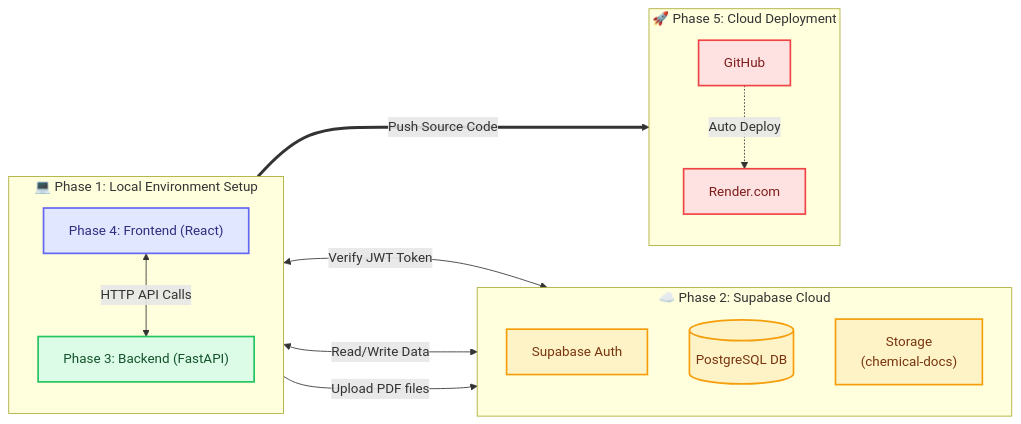
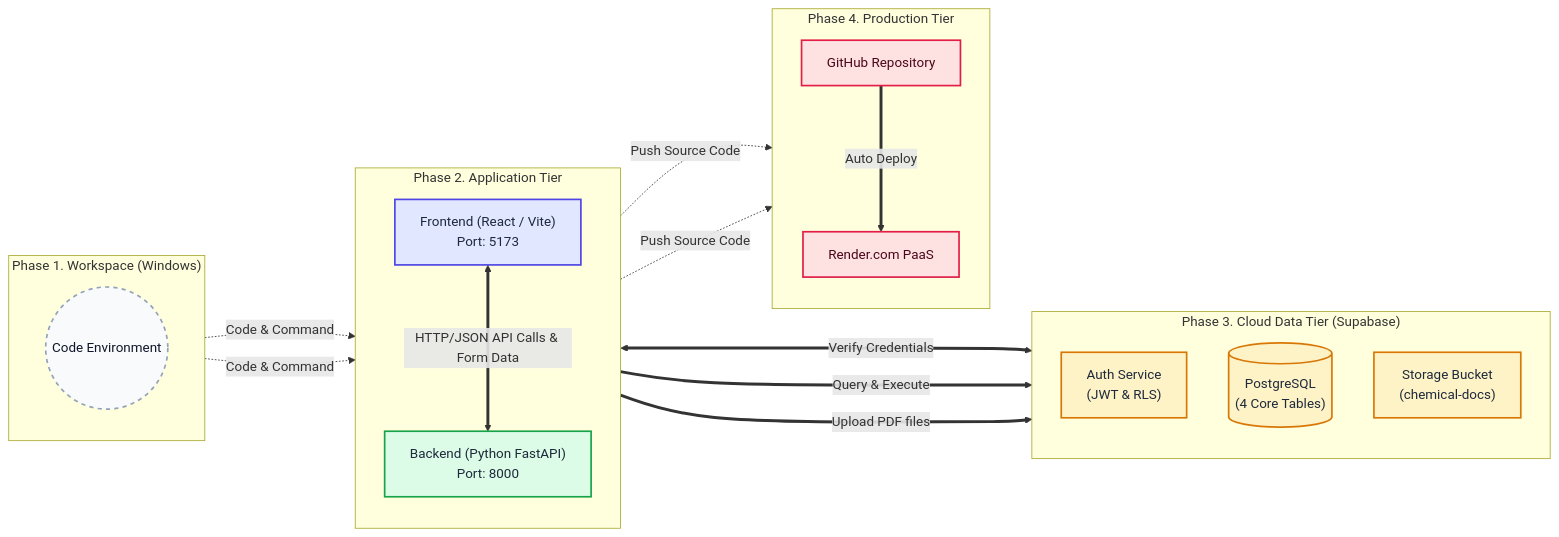
The first of 5 diagrams in README.md (kneknew/tremon_hse), drawn with Mermaid before and after one commit.

Commit message:
Update color definitions and flowchart structure

````diff
--- a/README.md
+++ b/README.md
@@ -27,44 +27,57 @@
 ```mermaid
 flowchart LR
-    %% Color definitions for specific areas
-    classDef frontend fill:#e0e7ff,stroke:#6366f1,stroke-width:2px,color:#312e81;
-    classDef backend fill:#dcfce7,stroke:#22c55e,stroke-width:2px,color:#14532d;
-    classDef cloud fill:#fef3c7,stroke:#f59e0b,stroke-width:2px,color:#78350f;
-    classDef deploy fill:#fee2e2,stroke:#ef4444,stroke-width:2px,color:#7f1d1d;
-    classDef phase1 fill:#f8fafc,stroke:#94a3b8,stroke-width:2px,stroke-dasharray: 5 5;
+    %% Modern Color Palette
+    classDef dev fill:#f8fafc,stroke:#94a3b8,stroke-width:2px,color:#0f172a,stroke-dasharray: 5 5;
+    classDef front fill:#e0e7ff,stroke:#4f46e5,stroke-width:2px,color:#1e293b;
+    classDef back fill:#dcfce7,stroke:#16a34a,stroke-width:2px,color:#1e293b;
+    classDef cloud fill:#fef3c7,stroke:#d97706,stroke-width:2px,color:#1e293b;
+    classDef deploy fill:#fee2e2,stroke:#e11d48,stroke-width:2px,color:#4c0519;
 
-    %% Phase 1 wrapping Phase 3 and 4
-    subgraph LocalEnv ["💻 Phase 1: Local Environment Setup"]
+    %% 1. Workspace
+    subgraph Tier1 ["Phase 1. Workspace (Windows)"]
         direction TB
-        
-        UI["Phase 4: Frontend (React)<br/>"]:::frontend
-        API["Phase 3: Backend (FastAPI)<br/>"]:::backend
-        
-        UI <-->|HTTP API Calls| API
+        Editor((Code Environment)):::dev
     end
 
-    %% Phase 2: Cloud Database & Storage
-    subgraph P2 ["☁️ Phase 2: Supabase Cloud"]
+    %% Phase 2. Application Tier
+    subgraph Tier2 ["Phase 2. Application Tier"]
         direction TB
-        Auth["Supabase Auth"]:::cloud
-        DB[("PostgreSQL DB")]:::cloud
-        Storage["Storage<br/>(chemical-docs)"]:::cloud
+        React["Frontend (React / Vite)<br/>Port: 5173"]:::front
+        FastAPI["Backend (Python FastAPI)<br/>Port: 8000"]:::back
     end
 
-    %% Phase 5: Cloud Deployment
-    subgraph P5 ["🚀 Phase 5: Cloud Deployment"]
+    %% Phase 3. Cloud Data Tier
+    subgraph Tier3 ["Phase 3. Cloud Data Tier (Supabase)"]
         direction TB
-        Git["GitHub"]:::deploy
-        Render["Render.com"]:::deploy
-        
-        Git -.->|Auto Deploy| Render
+        Auth["Auth Service<br/>(JWT & RLS)"]:::cloud
+        DB[("PostgreSQL<br/>(4 Core Tables)")]:::cloud
+        Storage["Storage Bucket<br/>(chemical-docs)"]:::cloud
     end
 
-    %% Data connections
-    UI <-->|Verify JWT Token| Auth
-    API <-->|Read/Write Data| DB
-    API --->|Upload PDF files| Storage
+    %% Phase 4. Production Tier
+    subgraph Tier4 ["Phase 4. Production Tier"]
+        direction TB
+        GitHub["GitHub Repository"]:::deploy
+        Render["Render.com PaaS"]:::deploy
+    end
 
-    %% Deployment connections
-    LocalEnv ===>|Push Source Code| Git
+    %% --- Connections ---
+    
+    %% Development actions
+    Editor -.->|Code & Command| React
+    Editor -.->|Code & Command| FastAPI
+
+    %% Frontend to Backend
+    React <===>|HTTP/JSON API Calls & Form Data| FastAPI
+
+    %% Client directly to Auth
+    React <===>|Verify Credentials| Auth
+
+    %% Backend to Cloud Data
+    FastAPI ===>|Query & Execute| DB
+    FastAPI ===>|Upload PDF files| Storage
+
+    %% Deployment flow
+    React & FastAPI -.->|Push Source Code| GitHub
+    GitHub ===>|Auto Deploy| Render
 ```
````
